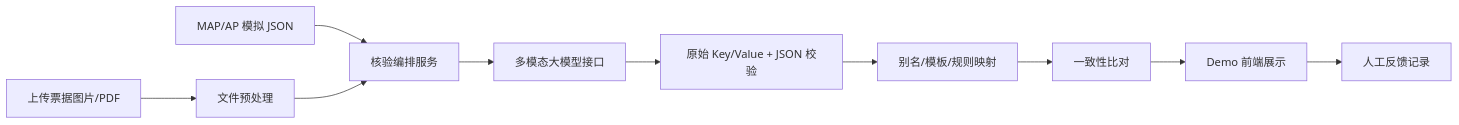
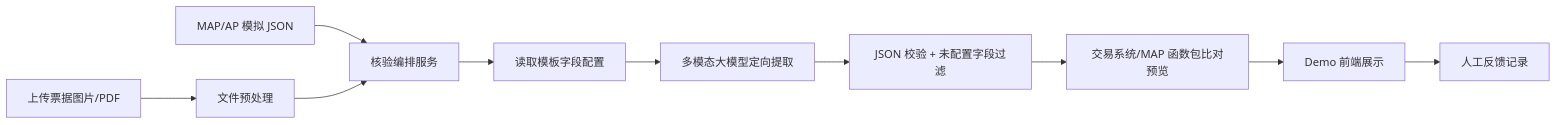
One commit to LuluCJJ/bill-verification changed the diagram in docs/demo-technical-solution.md. Above: the diagram before and after it, drawn with Mermaid. The commit also changed other lines of this file and 11 other files, not shown here.

````diff
--- a/docs/demo-technical-solution.md
+++ b/docs/demo-technical-solution.md
@@ -53,12 +73,12 @@
 ```mermaid
 flowchart LR
     A["上传票据图片/PDF"] --> B["文件预处理"]
     C["MAP/AP 模拟 JSON"] --> D["核验编排服务"]
     B --> D
-    D --> E["多模态大模型接口"]
-    E --> F["原始 Key/Value + JSON 校验"]
-    F --> G["别名/模板/规则映射"]
-    G --> H["一致性比对"]
+    D --> E["读取模板字段配置"]
+    E --> F["多模态大模型定向提取"]
+    F --> G["JSON 校验 + 未配置字段过滤"]
+    G --> H["交易系统/MAP 函数包比对预览"]
     H --> J["Demo 前端展示"]
     J --> I["人工反馈记录"]
 ```
````
